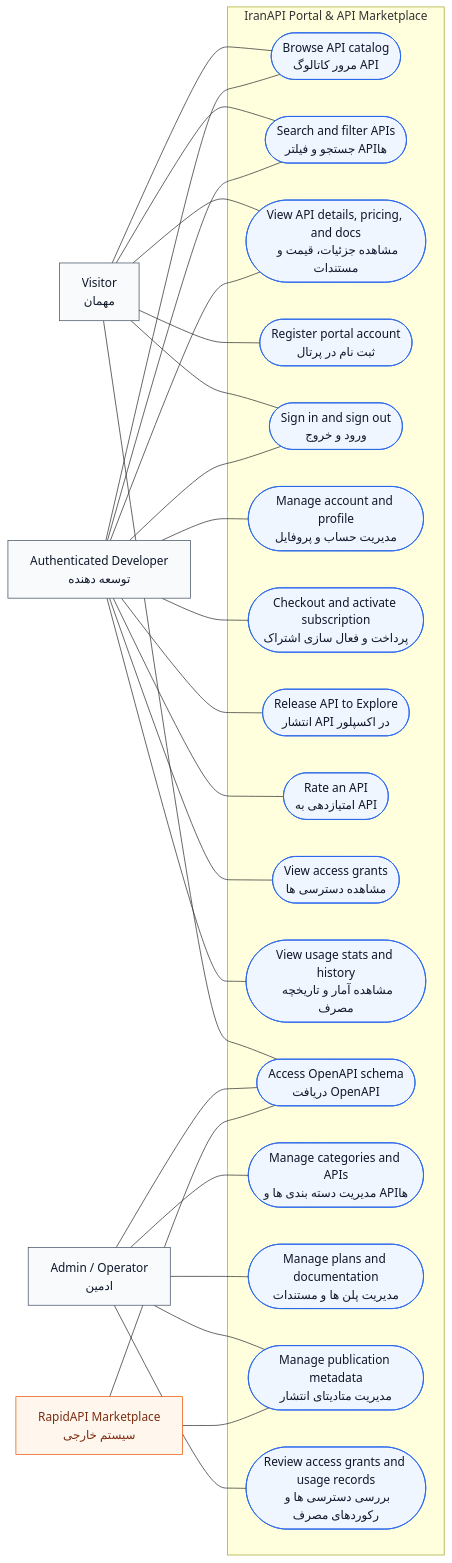
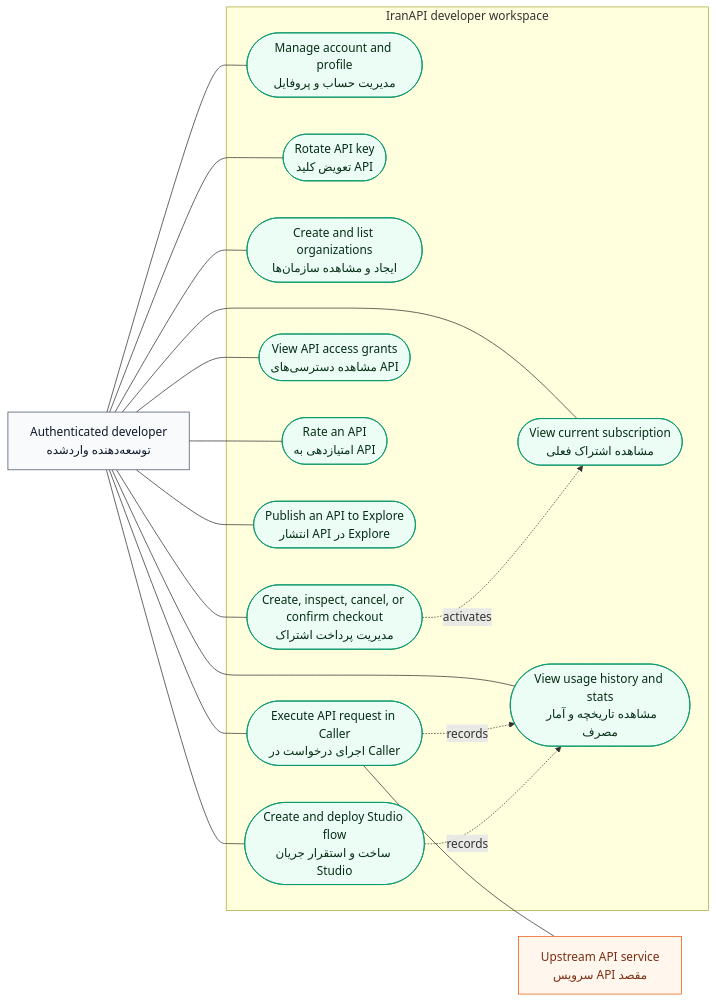
One commit to codeeefactory/IranAPI changed the second of 3 diagrams in docs/use-case-diagram.md. Above: the diagram before and after it, drawn with Mermaid. The commit also changed other lines of this file and 245 other files, not shown here.

````diff
--- a/docs/use-case-diagram.md
+++ b/docs/use-case-diagram.md
@@ -14,57 +48,40 @@
 ```mermaid
 flowchart LR
-  classDef actor fill:#f8fafc,stroke:#475569,stroke-width:1px,color:#0f172a;
-  classDef usecase fill:#eff6ff,stroke:#2563eb,stroke-width:1px,color:#0f172a;
-  classDef external fill:#fff7ed,stroke:#ea580c,stroke-width:1px,color:#7c2d12;
+  classDef actor fill:#f8fafc,stroke:#475569,color:#0f172a
+  classDef usecase fill:#ecfdf5,stroke:#059669,color:#052e16
+  classDef external fill:#fff7ed,stroke:#ea580c,color:#7c2d12
 
-  visitor["Visitor<br/>مهمان"]:::actor
-  developer["Authenticated Developer<br/>توسعه دهنده"]:::actor
-  admin["Admin / Operator<br/>ادمین"]:::actor
-  rapidapi["RapidAPI Marketplace<br/>سیستم خارجی"]:::external
+  developer["Authenticated developer<br/>توسعه‌دهنده واردشده"]:::actor
+  upstream["Upstream API service<br/>سرویس API مقصد"]:::external
 
-  subgraph IranAPI["IranAPI Portal & API Marketplace"]
-    uc_catalog(["Browse API catalog<br/>مرور کاتالوگ API"]):::usecase
-    uc_search(["Search and filter APIs<br/>جستجو و فیلتر APIها"]):::usecase
-    uc_view(["View API details, pricing, and docs<br/>مشاهده جزئیات، قیمت و مستندات"]):::usecase
-    uc_register(["Register portal account<br/>ثبت نام در پرتال"]):::usecase
-    uc_auth(["Sign in and sign out<br/>ورود و خروج"]):::usecase
-    uc_profile(["Manage account and profile<br/>مدیریت حساب و پروفایل"]):::usecase
-    uc_subscribe(["Checkout and activate subscription<br/>پرداخت و فعال سازی اشتراک"]):::usecase
-    uc_publish(["Release API to Explore<br/>انتشار API در اکسپلور"]):::usecase
-    uc_rate(["Rate an API<br/>امتیازدهی به API"]):::usecase
-    uc_access(["View access grants<br/>مشاهده دسترسی ها"]):::usecase
-    uc_usage(["View usage stats and history<br/>مشاهده آمار و تاریخچه مصرف"]):::usecase
-    uc_schema(["Access OpenAPI schema<br/>دریافت OpenAPI"]):::usecase
-    uc_catalog_admin(["Manage categories and APIs<br/>مدیریت دسته بندی ها و APIها"]):::usecase
-    uc_content_admin(["Manage plans and documentation<br/>مدیریت پلن ها و مستندات"]):::usecase
-    uc_publish_admin(["Manage publication metadata<br/>مدیریت متادیتای انتشار"]):::usecase
-    uc_access_admin(["Review access grants and usage records<br/>بررسی دسترسی ها و رکوردهای مصرف"]):::usecase
+  subgraph workspace["IranAPI developer workspace"]
+    account(["Manage account and profile<br/>مدیریت حساب و پروفایل"]):::usecase
+    key(["Rotate API key<br/>تعویض کلید API"]):::usecase
+    org(["Create and list organizations<br/>ایجاد و مشاهده سازمان‌ها"]):::usecase
+    subscription(["View current subscription<br/>مشاهده اشتراک فعلی"]):::usecase
+    checkout(["Create, inspect, cancel, or confirm checkout<br/>مدیریت پرداخت اشتراک"]):::usecase
+    access(["View API access grants<br/>مشاهده دسترسی‌های API"]):::usecase
+    rate(["Rate an API<br/>امتیازدهی به API"]):::usecase
+    release(["Publish an API to Explore<br/>انتشار API در Explore"]):::usecase
+    caller(["Execute API request in Caller<br/>اجرای درخواست در Caller"]):::usecase
+    studio(["Create and deploy Studio flow<br/>ساخت و استقرار جریان Studio"]):::usecase
+    usage(["View usage history and stats<br/>مشاهده تاریخچه و آمار مصرف"]):::usecase
   end
 
-  visitor --- uc_catalog
-  visitor --- uc_search
-  visitor --- uc_view
-  visitor --- uc_register
-  visitor --- uc_auth
-  visitor --- uc_schema
+  developer --- account
+  developer --- key
+  developer --- org
+  developer --- subscription
+  developer --- checkout
+  developer --- access
+  developer --- rate
+  developer --- release
+  developer --- caller
+  developer --- studio
+  developer --- usage
 
-  developer --- uc_catalog
-  developer --- uc_search
-  developer --- uc_view
-  developer --- uc_auth
-  developer --- uc_profile
-  developer --- uc_subscribe
-  developer --- uc_publish
-  developer --- uc_rate
-  developer --- uc_access
-  developer --- uc_usage
-
-  admin --- uc_schema
-  admin --- uc_catalog_admin
-  admin --- uc_content_admin
-  admin --- uc_publish_admin
-  admin --- uc_access_admin
-
-  rapidapi --- uc_schema
-  rapidapi --- uc_publish_admin
+  caller --- upstream
+  checkout -. activates .-> subscription
+  caller -. records .-> usage
+  studio -. records .-> usage
 ```
````
